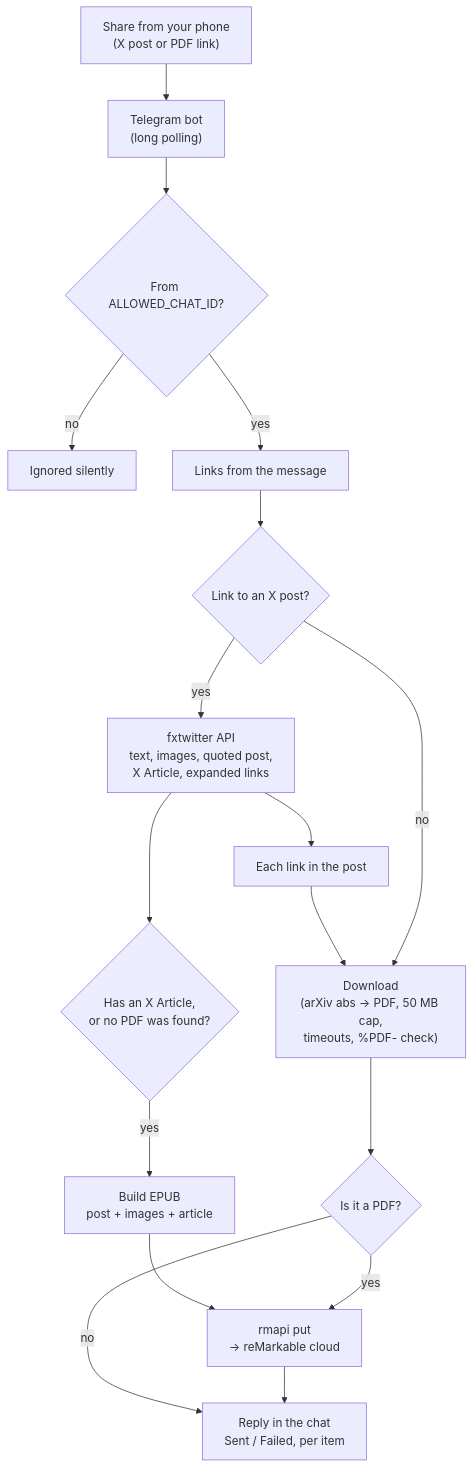
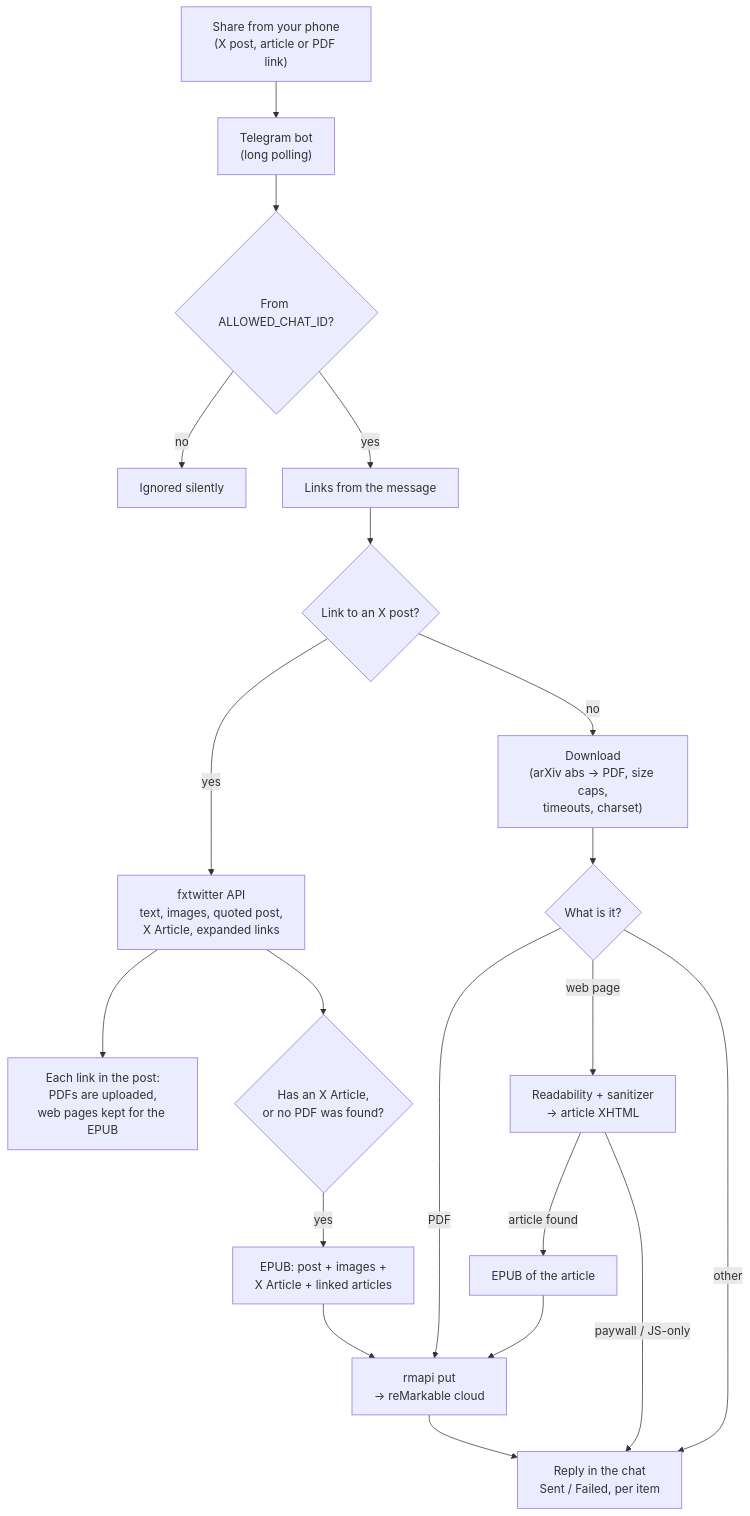
One commit to lucaslimafons/tweet2remarkable changed the first of 2 diagrams in README.md. Above: the diagram before and after it, drawn with Mermaid. The commit also changed other lines of this file and 1 other file, not shown here.

Commit message:
docs: document web articles and pnpm preview

````diff
--- a/README.md
+++ b/README.md
@@ -11,21 +11,24 @@
 ```mermaid
 flowchart TD
-    share["Share from your phone<br/>(X post or PDF link)"] --> bot["Telegram bot<br/>(long polling)"]
+    share["Share from your phone<br/>(X post, article or PDF link)"] --> bot["Telegram bot<br/>(long polling)"]
     bot --> owner{"From ALLOWED_CHAT_ID?"}
     owner -- no --> ignore["Ignored silently"]
     owner -- yes --> links["Links from the message"]
     links --> isX{"Link to an X post?"}
 
     isX -- yes --> fx["fxtwitter API<br/>text, images, quoted post,<br/>X Article, expanded links"]
-    fx --> postLinks["Each link in the post"]
-    postLinks --> download
+    fx --> postLinks["Each link in the post:<br/>PDFs are uploaded,<br/>web pages kept for the EPUB"]
     fx --> wantEpub{"Has an X Article,<br/>or no PDF was found?"}
-    wantEpub -- yes --> epub["Build EPUB<br/>post + images + article"]
-    epub --> upload
+    wantEpub -- yes --> postEpub["EPUB: post + images +<br/>X Article + linked articles"]
+    postEpub --> upload
 
-    isX -- no --> download["Download<br/>(arXiv abs → PDF, 50 MB cap,<br/>timeouts, %PDF- check)"]
-    download --> isPdf{"Is it a PDF?"}
-    isPdf -- yes --> upload["rmapi put<br/>→ reMarkable cloud"]
-    isPdf -- no --> reply
+    isX -- no --> download["Download<br/>(arXiv abs → PDF, size caps,<br/>timeouts, charset)"]
+    download --> kind{"What is it?"}
+    kind -- PDF --> upload["rmapi put<br/>→ reMarkable cloud"]
+    kind -- web page --> readability["Readability + sanitizer<br/>→ article XHTML"]
+    readability -- "article found" --> articleEpub["EPUB of the article"]
+    readability -- "paywall / JS-only" --> reply
+    articleEpub --> upload
+    kind -- other --> reply
     upload --> reply["Reply in the chat<br/>Sent / Failed, per item"]
 ```
````
